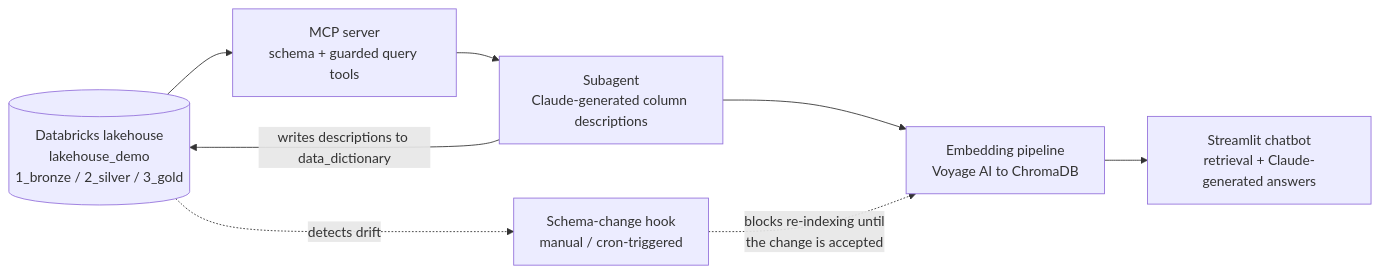
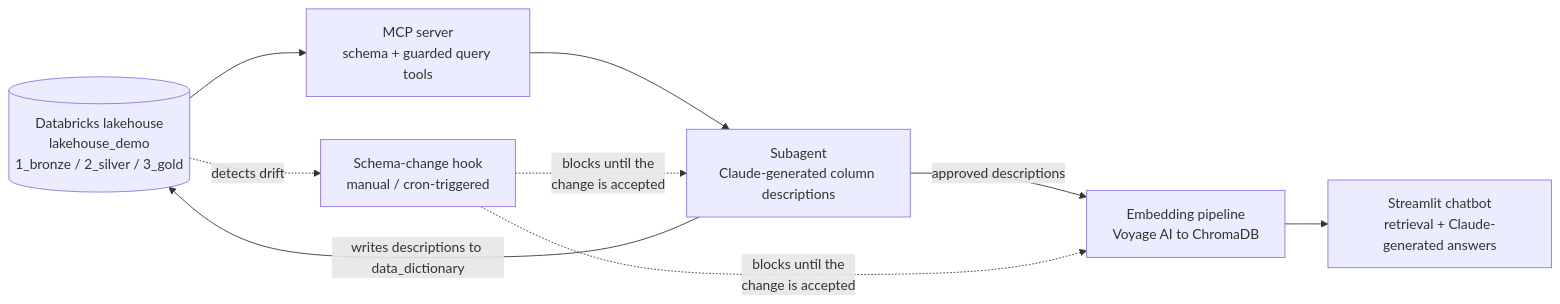
The diagram in README.md (felipecastro-data/medallion-data-dictionary-rag-system), drawn with Mermaid before and after one commit. The commit also changed other lines of this file and 11 other files, not shown here.

First line of the commit message:
Index only approved descriptions and check drift before describing

````diff
--- a/README.md
+++ b/README.md
@@ -60,15 +60,16 @@
 ```mermaid
 flowchart LR
     DB[("Databricks lakehouse<br/>lakehouse_demo<br/>1_bronze / 2_silver / 3_gold")]
     MCP["MCP server<br/>schema + guarded query tools"]
     SUB["Subagent<br/>Claude-generated column descriptions"]
     EMB["Embedding pipeline<br/>Voyage AI to ChromaDB"]
     BOT["Streamlit chatbot<br/>retrieval + Claude-generated answers"]
     HOOK["Schema-change hook<br/>manual / cron-triggered"]
 
     DB --> MCP --> SUB
     SUB -->|writes descriptions to data_dictionary| DB
-    SUB --> EMB --> BOT
+    SUB -->|approved descriptions| EMB --> BOT
     DB -.->|detects drift| HOOK
-    HOOK -.->|blocks re-indexing until<br/>the change is accepted| EMB
+    HOOK -.->|blocks until the<br/>change is accepted| SUB
+    HOOK -.->|blocks until the<br/>change is accepted| EMB
 ```
````
